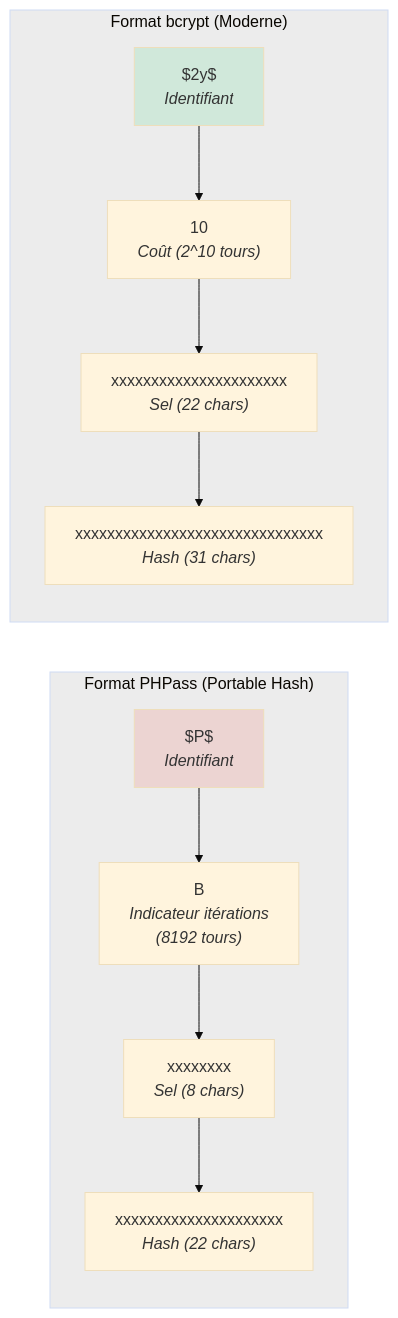
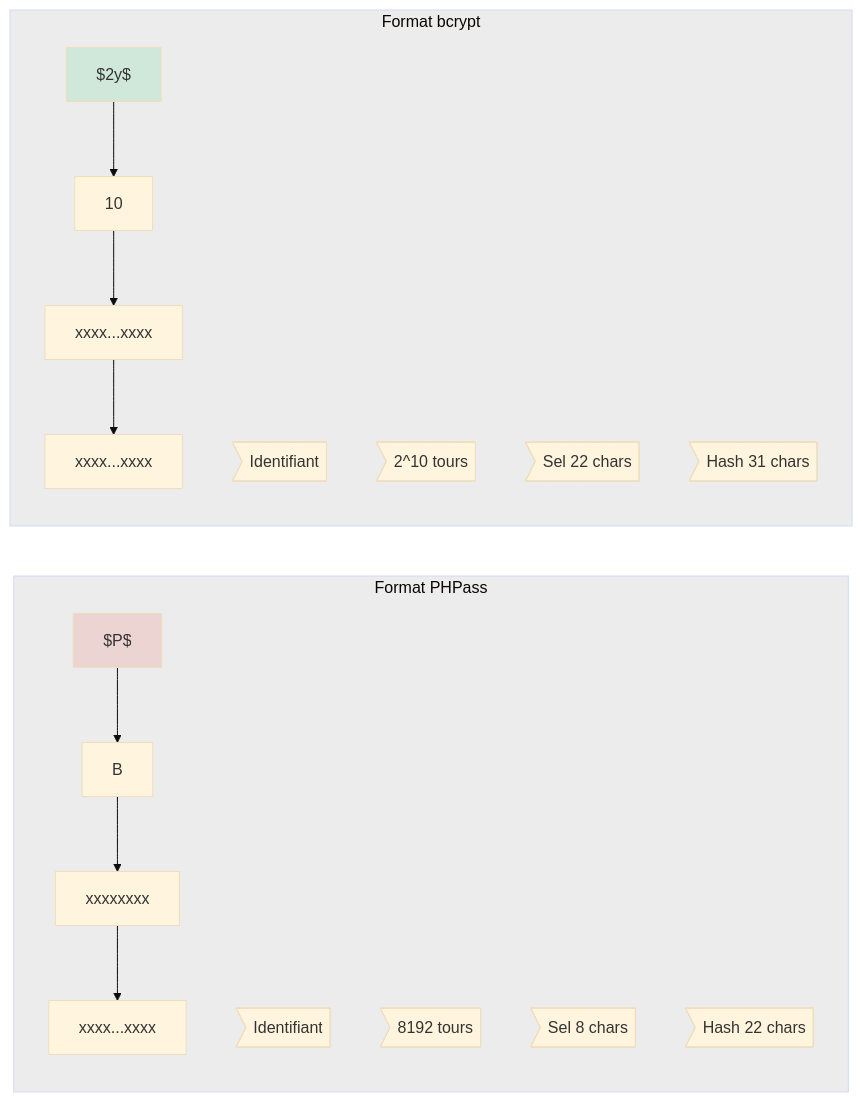
Before and after one commit to venantvr-security/venantvr-security.github.io: the second of 3 diagrams in repos/PHP.WordPress.Cypher/index.md, drawn with Mermaid (base theme). The commit also changed 2 other files, not shown here.

Commit message:
Transformation des labels Mermaid en notes asymétriques
Évite les chevauchements en séparant les infos détaillées dans des bulles

```diff
--- a/repos/PHP.WordPress.Cypher/index.md
+++ b/repos/PHP.WordPress.Cypher/index.md
@@ -104,24 +104,32 @@
 <div class="mermaid">
 flowchart LR
-    subgraph Portable["Format PHPass (Portable Hash)"]
-        P1["$P$<br/><i>Identifiant</i>"]
-        P2["B<br/><i>Indicateur itérations<br/>(8192 tours)</i>"]
-        P3["xxxxxxxx<br/><i>Sel (8 chars)</i>"]
-        P4["xxxxxxxxxxxxxxxxxxxxx<br/><i>Hash (22 chars)</i>"]
+    subgraph Portable["Format PHPass"]
+        P1["$P$"]
+        P1_note>"Identifiant"]
+        P2["B"]
+        P2_note>"8192 tours"]
+        P3["xxxxxxxx"]
+        P3_note>"Sel 8 chars"]
+        P4["xxxx...xxxx"]
+        P4_note>"Hash 22 chars"]
     end
 
-    subgraph Bcrypt["Format bcrypt (Moderne)"]
-        B1["$2y$<br/><i>Identifiant</i>"]
-        B2["10<br/><i>Coût (2^10 tours)</i>"]
-        B3["xxxxxxxxxxxxxxxxxxxxxx<br/><i>Sel (22 chars)</i>"]
-        B4["xxxxxxxxxxxxxxxxxxxxxxxxxxxxxxx<br/><i>Hash (31 chars)</i>"]
+    subgraph Bcrypt["Format bcrypt"]
+        B1["$2y$"]
+        B1_note>"Identifiant"]
+        B2["10"]
+        B2_note>"2^10 tours"]
+        B3["xxxx...xxxx"]
+        B3_note>"Sel 22 chars"]
+        B4["xxxx...xxxx"]
+        B4_note>"Hash 31 chars"]
     end
 
     P1 --> P2 --> P3 --> P4
     B1 --> B2 --> B3 --> B4
 
     style P1 fill:#e74c3c,fill-opacity:0.15
     style B1 fill:#2ecc71,fill-opacity:0.15
     style Bcrypt fill:#808080,fill-opacity:0.15
     style Portable fill:#808080,fill-opacity:0.15
 </div>
```
